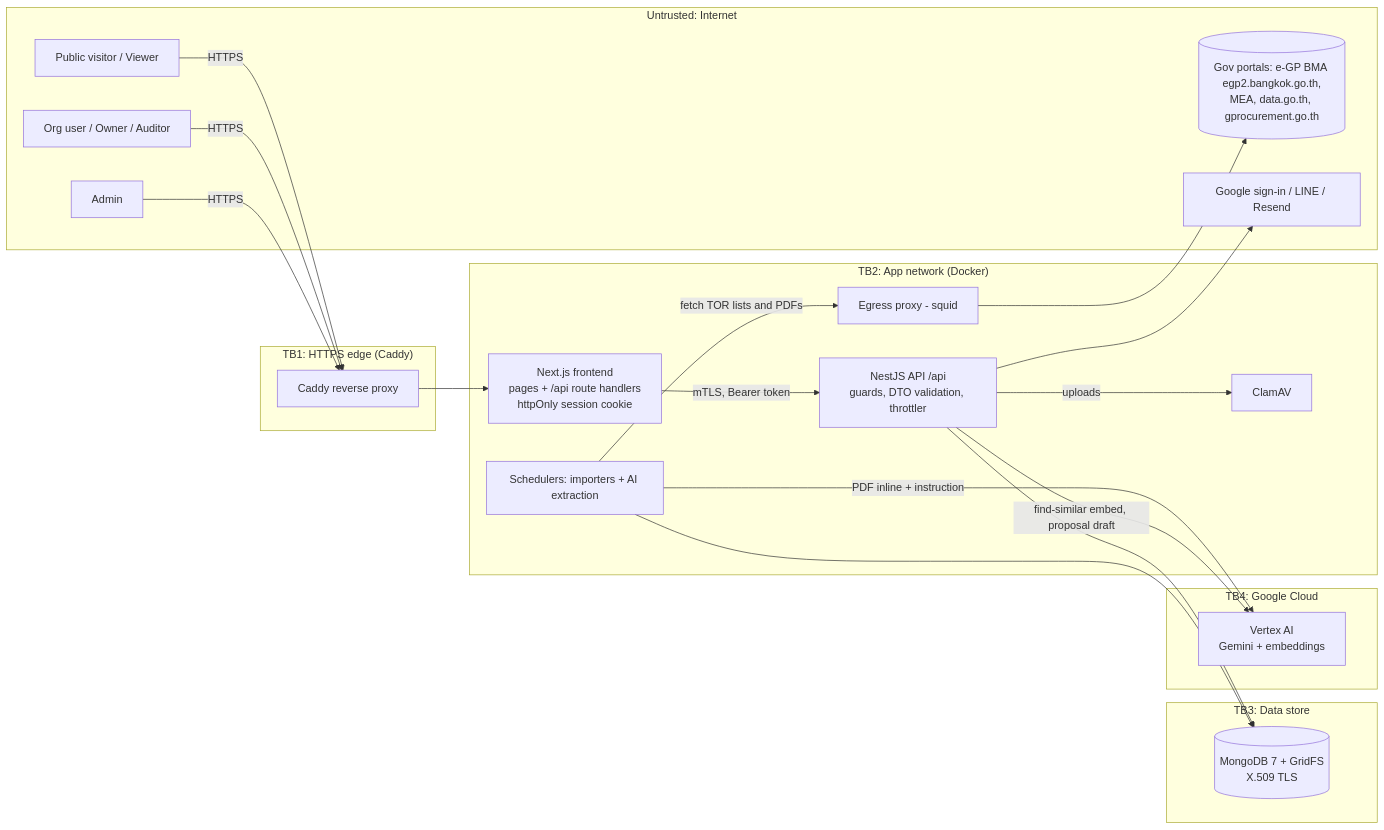
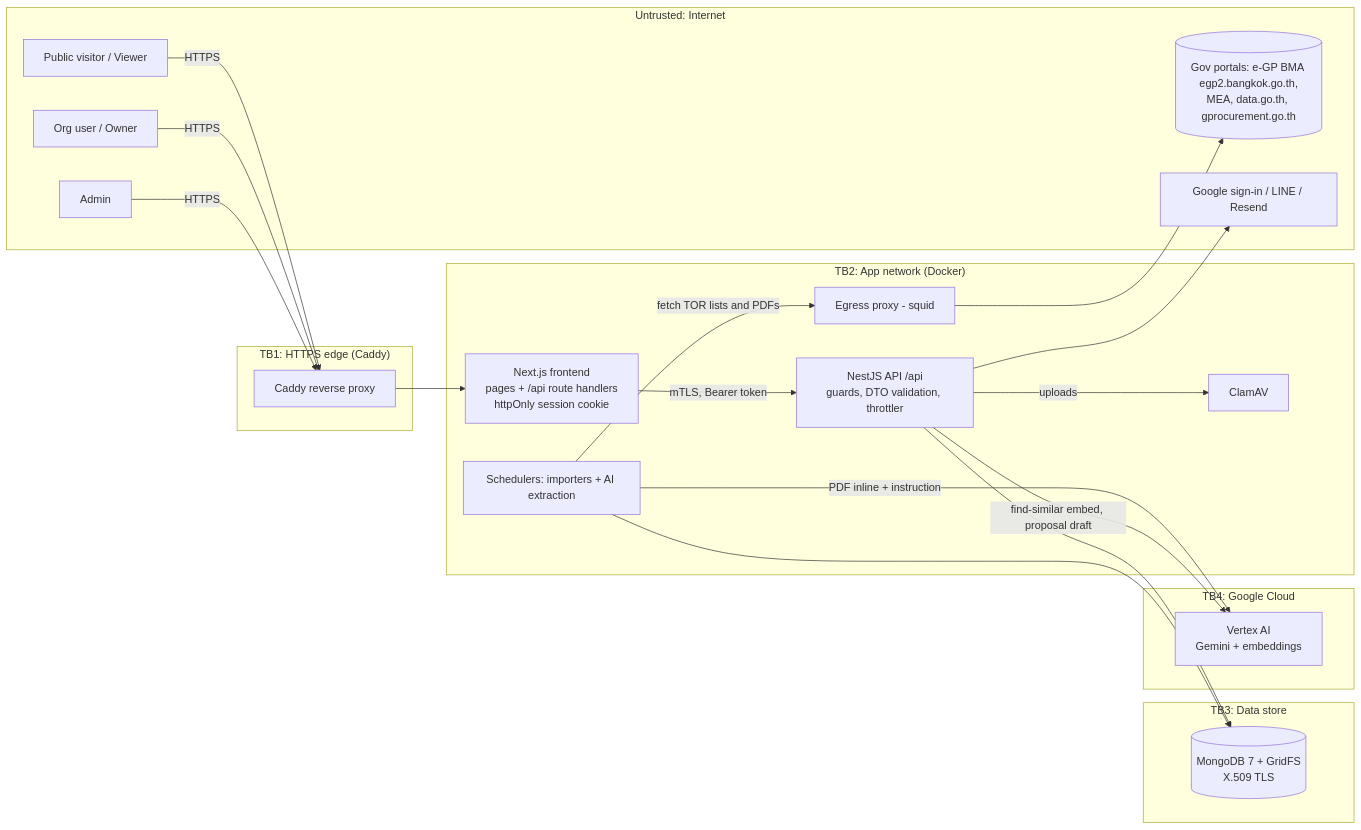
The diagram in docs/SECURITY.md (PhomMaiWai/TorFinder), drawn with Mermaid before and after one commit. The commit also changed other lines of this file and 55 other files, not shown here.

````diff
--- a/docs/SECURITY.md
+++ b/docs/SECURITY.md
@@ -211,35 +210,35 @@
 ```mermaid
 flowchart LR
   subgraph Internet["Untrusted: Internet"]
     U[Public visitor / Viewer]
-    O[Org user / Owner / Auditor]
+    O[Org user / Owner]
     A[Admin]
     P[(Gov portals: e-GP BMA egp2.bangkok.go.th,<br/>MEA, data.go.th, gprocurement.go.th)]
     G[Google sign-in / LINE / Resend]
   end
   subgraph Edge["TB1: HTTPS edge (Caddy)"]
     C[Caddy reverse proxy]
   end
   subgraph App["TB2: App network (Docker)"]
     F[Next.js frontend<br/>pages + /api route handlers<br/>httpOnly session cookie]
     B[NestJS API /api<br/>guards, DTO validation, throttler]
     S[Schedulers: importers + AI extraction]
     AV[ClamAV]
     EG[Egress proxy - squid]
   end
   subgraph Data["TB3: Data store"]
     M[(MongoDB 7 + GridFS<br/>X.509 TLS)]
   end
   subgraph GCP["TB4: Google Cloud"]
     V[Vertex AI<br/>Gemini + embeddings]
   end
   U & O & A -->|HTTPS| C --> F
   F -->|mTLS, Bearer token| B
   B --> M
   S --> M
   B -->|uploads| AV
   S -->|fetch TOR lists and PDFs| EG --> P
   S -->|PDF inline + instruction| V
   B -->|find-similar embed, proposal draft| V
   B --> G
 ```
````
